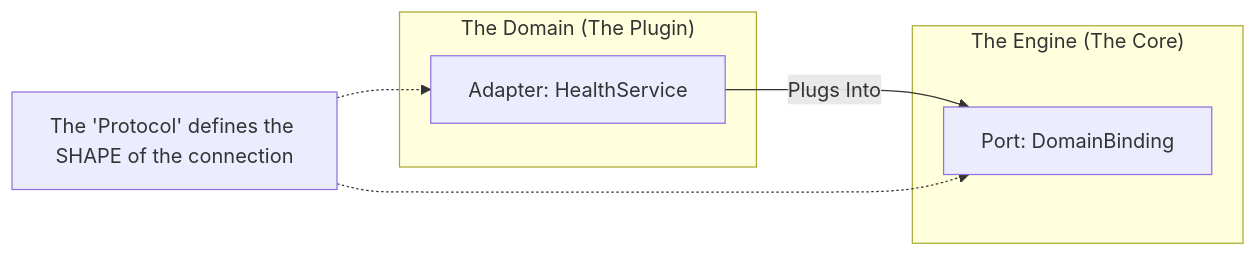
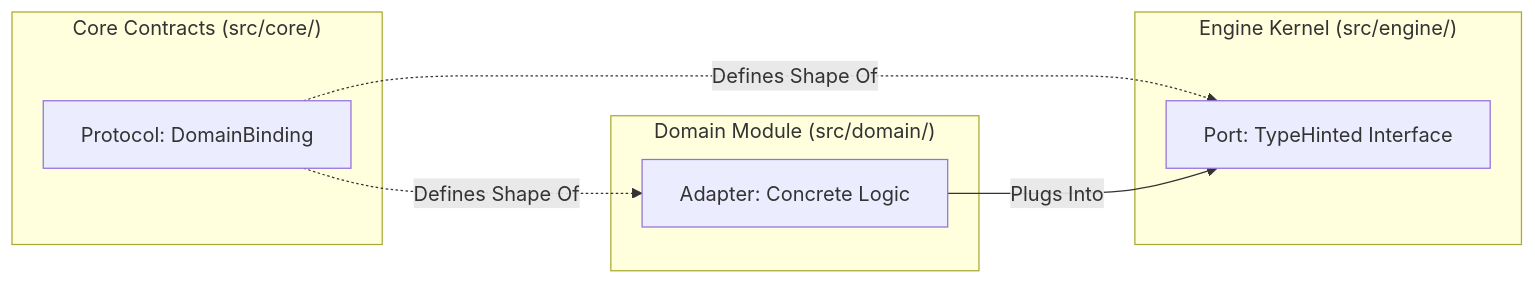
The diagram in docs/reference/architectural_disambiguation.md (mnaatjes/oregon-trail-clone), drawn with Mermaid before and after one commit. The commit also changed other lines of this file and 1 other file, not shown here.

Commit message:
engine docs

````diff
--- a/docs/reference/architectural_disambiguation.md
+++ b/docs/reference/architectural_disambiguation.md
@@ -17,15 +17,18 @@
 ```mermaid
 graph LR
-    subgraph "The Engine (The Core)"
-        Port[Port: DomainBinding]
+    subgraph "Engine Kernel (src/engine/)"
+        Port[Port: TypeHinted Interface]
     end
 
-    subgraph "The Domain (The Plugin)"
-        Adapter[Adapter: HealthService]
+    subgraph "Domain Module (src/domain/)"
+        Adapter[Adapter: Concrete Logic]
     end
 
+    subgraph "Core Contracts (src/core/)"
+        Protocol[Protocol: DomainBinding]
+    end
+
+    Protocol -.->|Defines Shape Of| Port
+    Protocol -.->|Defines Shape Of| Adapter
     Adapter -- "Plugs Into" --> Port
-    Note["The 'Protocol' defines the SHAPE of the connection"]
-    Note -.-> Adapter
-    Note -.-> Port
 ```
````
